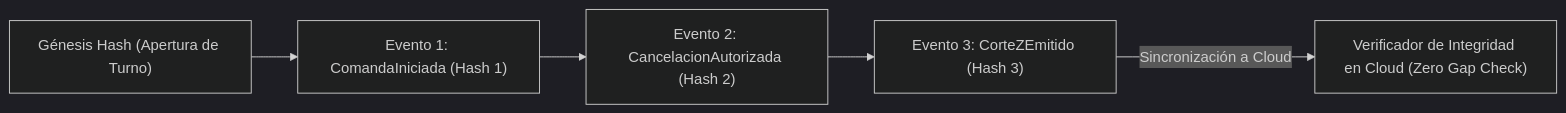
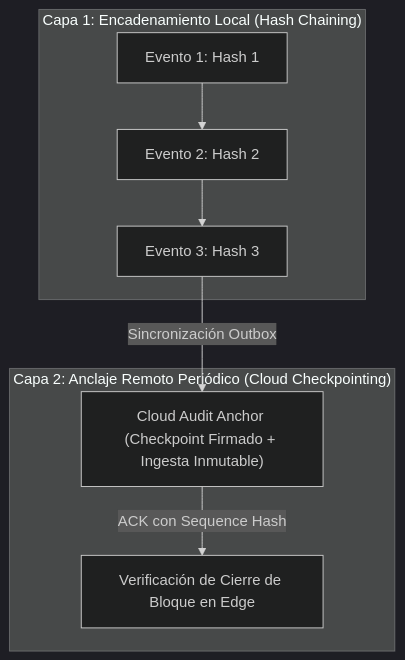
One commit to Lucas030509/TRIDENTPOS changed the diagram in SECURITY_LOGGING_AND_MONITORING.md. Above: the diagram before and after it, drawn with Mermaid (dark theme). The commit also changed other lines of this file and 9 other files, not shown here.

Commit message:
fix(security-architecture): remediate independent gate governance findings

````diff
--- a/SECURITY_LOGGING_AND_MONITORING.md
+++ b/SECURITY_LOGGING_AND_MONITORING.md
@@ -19,7 +17,12 @@
 ```mermaid
-graph LR
-    Genesis["Génesis Hash (Apertura de Turno)"] --> Block1["Evento 1: ComandaIniciada (Hash 1)"]
-    Block1 --> Block2["Evento 2: CancelacionAutorizada (Hash 2)"]
-    Block2 --> Block3["Evento 3: CorteZEmitido (Hash 3)"]
-    Block3 -->|Sincronización a Cloud| CloudVerifier["Verificador de Integridad en Cloud (Zero Gap Check)"]
+graph TD
+    subgraph Layer1["Capa 1: Encadenamiento Local (Hash Chaining)"]
+        Block1["Evento 1: Hash 1"] --> Block2["Evento 2: Hash 2"]
+        Block2 --> Block3["Evento 3: Hash 3"]
+    end
+
+    subgraph Layer2["Capa 2: Anclaje Remoto Periódico (Cloud Checkpointing)"]
+        Block3 -->|Sincronización Outbox| CloudAnchor["Cloud Audit Anchor (Checkpoint Firmado + Ingesta Inmutable)"]
+        CloudAnchor -->|ACK con Sequence Hash| EdgeVerify["Verificación de Cierre de Bloque en Edge"]
+    end
 ```
````
